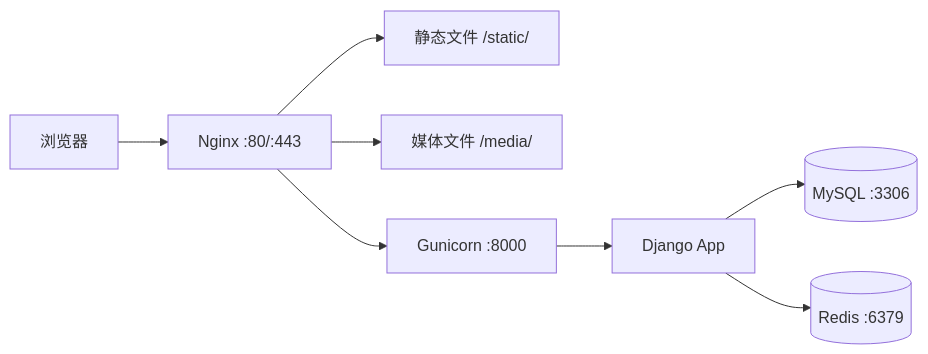
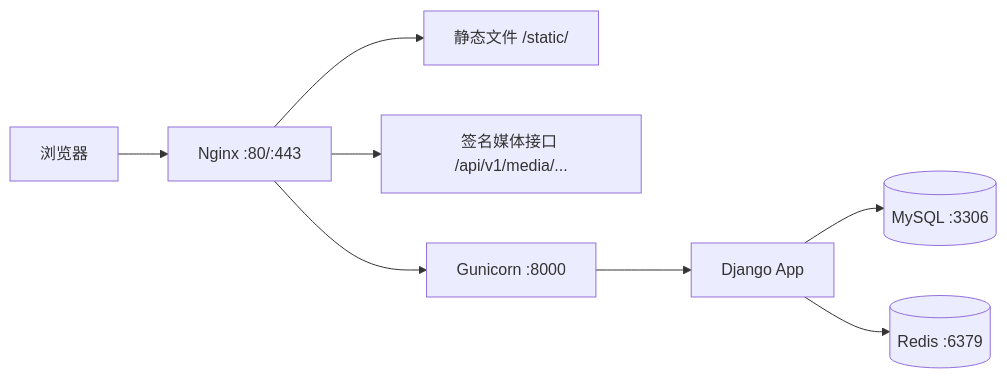
Before and after one commit to sharpcj/Tavern: the diagram in docs/m15-deployment-backup-acceptance-technical-design.md, drawn with Mermaid. The commit also changed other lines of this file and 19 other files, not shown here.

````diff
--- a/docs/m15-deployment-backup-acceptance-technical-design.md
+++ b/docs/m15-deployment-backup-acceptance-technical-design.md
@@ -44,10 +44,10 @@
 ```mermaid
 flowchart LR
     Browser[浏览器] --> Nginx[Nginx :80/:443]
     Nginx --> Static[静态文件 /static/]
-    Nginx --> Media[媒体文件 /media/]
+    Nginx --> MediaAPI[签名媒体接口 /api/v1/media/...]
     Nginx --> Gunicorn[Gunicorn :8000]
     Gunicorn --> Django[Django App]
     Django --> MySQL[(MySQL :3306)]
     Django --> Redis[(Redis :6379)]
 ```
````
